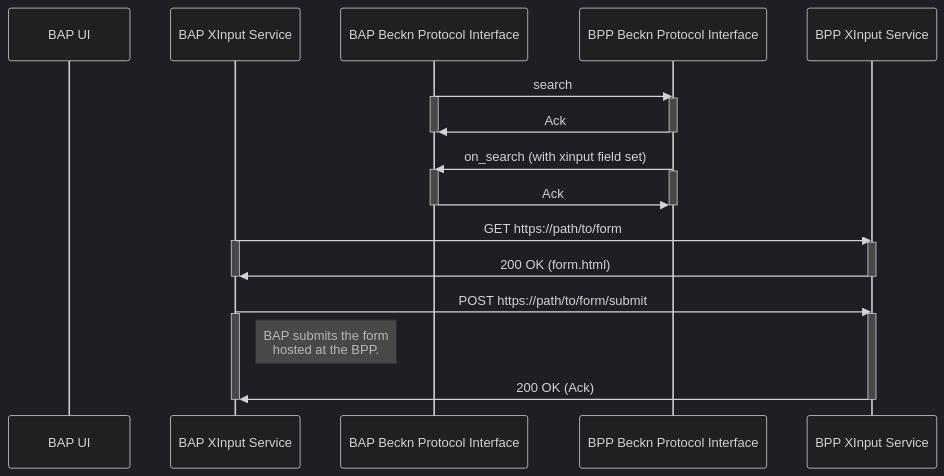
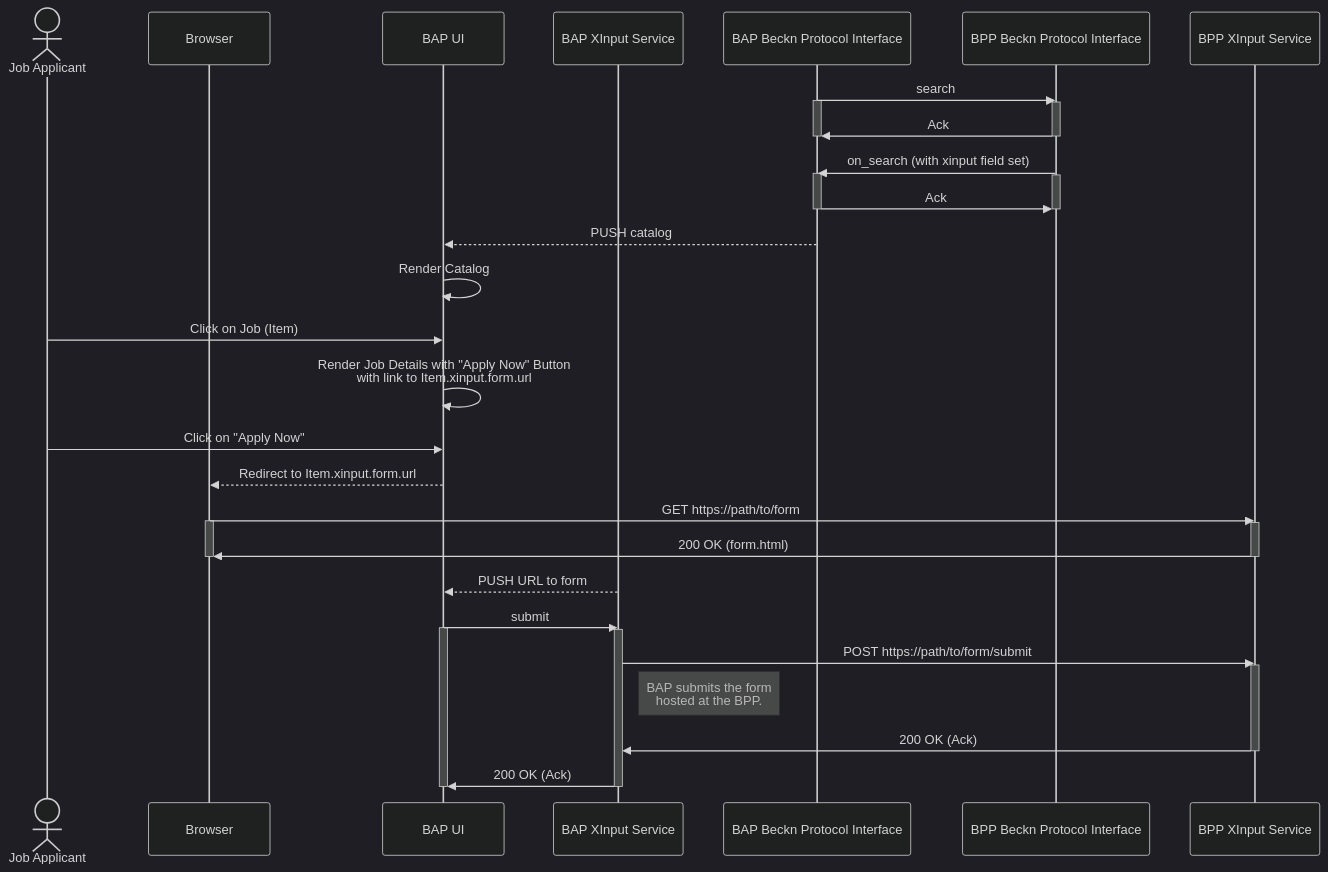
One commit to beckn/protocol-specifications changed the second of 2 diagrams in docs/BECKN-007-The-XInput-Schema.md. Above: the diagram before and after it, drawn with Mermaid (dark theme). The commit also changed other lines of this file, not shown here.

````diff
--- a/docs/BECKN-007-The-XInput-Schema.md
+++ b/docs/BECKN-007-The-XInput-Schema.md
@@ -250,33 +264,46 @@
 ```mermaid
     sequenceDiagram
+    actor Job Applicant
+    participant Browser
     participant BAP UI
     participant BAP XInput Service
     participant BAP Beckn Protocol Interface
     participant BPP Beckn Protocol Interface
     participant BPP XInput Service
     BAP Beckn Protocol Interface->>BPP Beckn Protocol Interface: search
     activate BAP Beckn Protocol Interface
     activate BPP Beckn Protocol Interface
     BPP Beckn Protocol Interface->>BAP Beckn Protocol Interface: Ack
     deactivate BPP Beckn Protocol Interface
     deactivate BAP Beckn Protocol Interface
     BPP Beckn Protocol Interface->>BAP Beckn Protocol Interface: on_search (with xinput field set)
     activate BAP Beckn Protocol Interface
     activate BPP Beckn Protocol Interface
     BAP Beckn Protocol Interface->>BPP Beckn Protocol Interface: Ack
     deactivate BPP Beckn Protocol Interface
-    deactivate BAP Beckn Protocol Interface 
-    BAP XInput Service ->> BPP XInput Service: GET https://path/to/form
+    deactivate BAP Beckn Protocol Interface
+    BAP Beckn Protocol Interface -->> BAP UI: PUSH catalog
+    BAP UI ->> BAP UI: Render Catalog
+    Job Applicant ->> BAP UI: Click on Job (Item)
+    BAP UI ->> BAP UI: Render Job Details with "Apply Now" Button <br/> with link to Item.xinput.form.url
+    Job Applicant ->> BAP UI: Click on "Apply Now"
+    BAP UI -->> Browser: Redirect to Item.xinput.form.url
+    Browser ->> BPP XInput Service: GET https://path/to/form
+    activate Browser
+    activate BPP XInput Service
+    BPP XInput Service ->> Browser: 200 OK (form.html)
+    deactivate Browser
+    deactivate BPP XInput Service
+    BAP XInput Service -->> BAP UI: PUSH URL to form
+    BAP UI ->> BAP XInput Service: submit
+    activate BAP UI
     activate BAP XInput Service
-    activate BPP XInput Service
-    BPP XInput Service ->> BAP XInput Service: 200 OK (form.html)
-    deactivate BAP XInput Service
-    deactivate BPP XInput Service
     BAP XInput Service ->> BPP XInput Service: POST https://path/to/form/submit
-    activate BAP XInput Service
     activate BPP XInput Service
     note right of BAP XInput Service: BAP submits the form <br/> hosted at the BPP.
     BPP XInput Service ->> BAP XInput Service: 200 OK (Ack)
+    deactivate BPP XInput Service
+    BAP XInput Service ->> BAP UI: 200 OK (Ack)
     deactivate BAP XInput Service
-    deactivate BPP XInput Service
+    deactivate BAP UI
 ```
````
